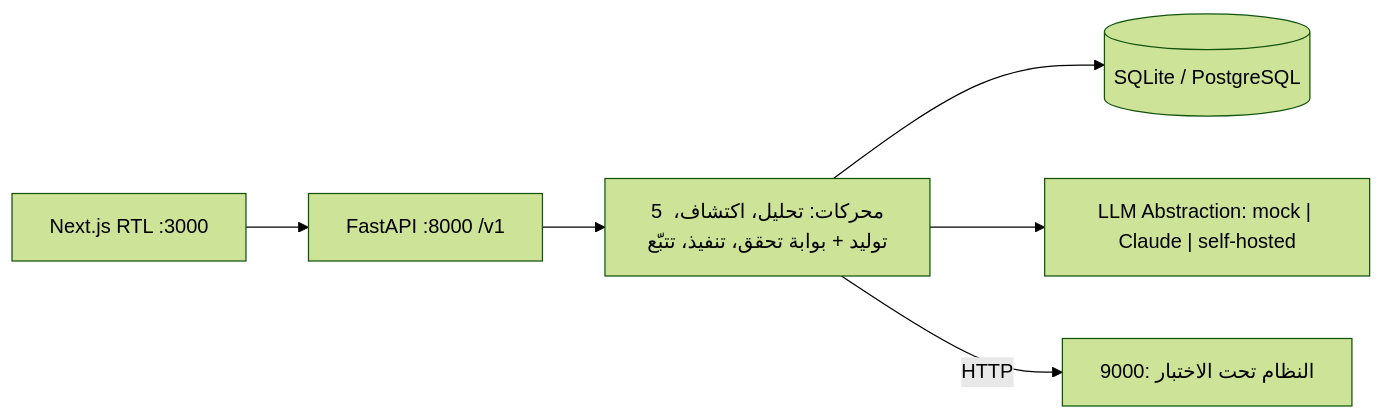
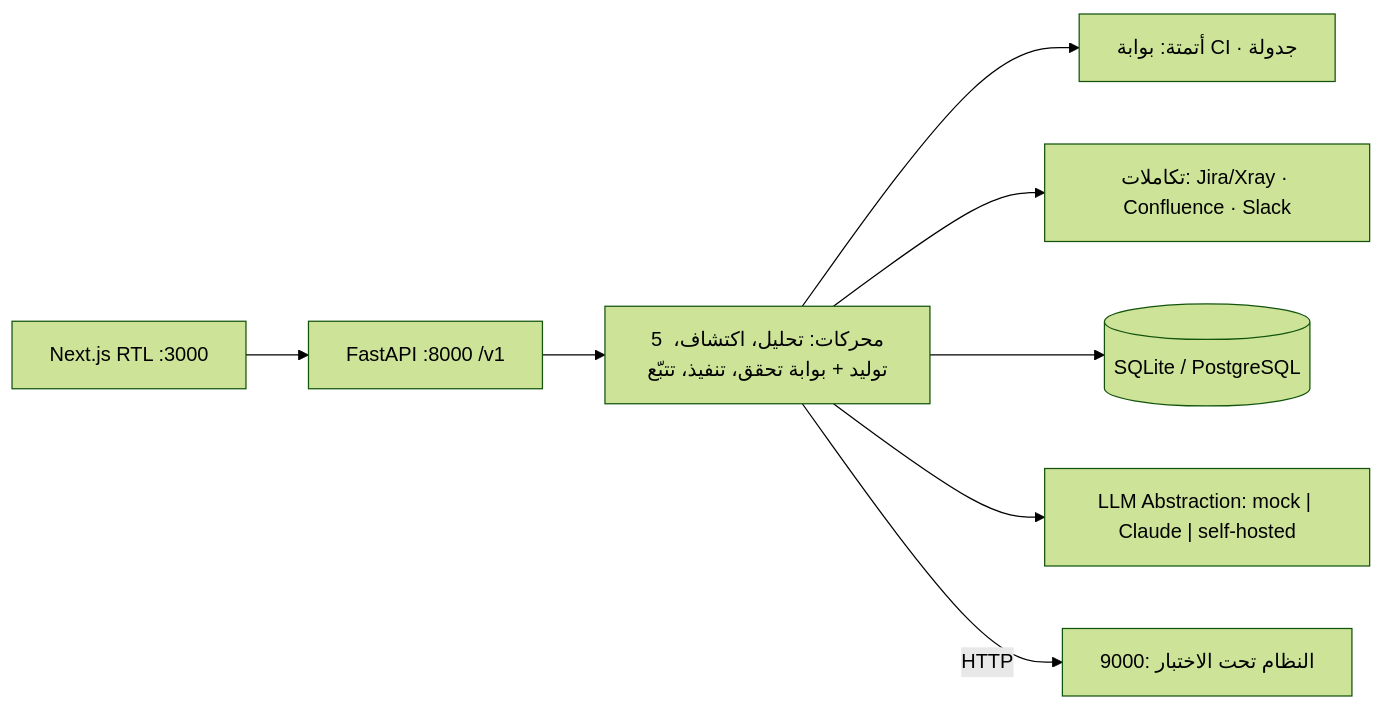
Before and after one commit to Abo5/traceo: the diagram in README.md, drawn with Mermaid (forest theme). The commit also changed other lines of this file and 12 other files, not shown here.

````diff
--- a/README.md
+++ b/README.md
@@ -7,8 +7,10 @@
 ```mermaid
 flowchart LR
     FE["Next.js RTL :3000"] --> API["FastAPI :8000 /v1"]
     API --> ENG["5 محركات: تحليل، اكتشاف، توليد + بوابة تحقق، تنفيذ، تتبّع"]
+    ENG --> AUT["أتمتة: بوابة CI · جدولة"]
+    ENG --> INT["تكاملات: Jira/Xray · Confluence · Slack"]
     ENG --> DB[("SQLite / PostgreSQL")]
     ENG --> LLM["LLM Abstraction: mock | Claude | self-hosted"]
     ENG -->|"HTTP"| SUT["النظام تحت الاختبار :9000"]
 ```
````
